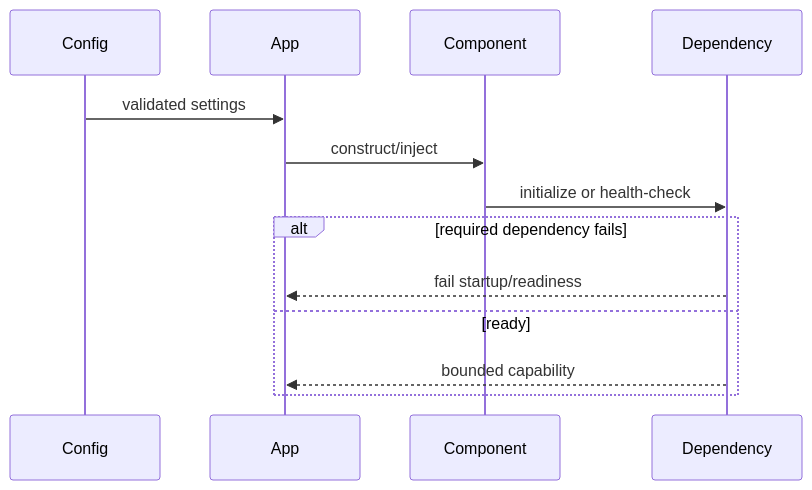
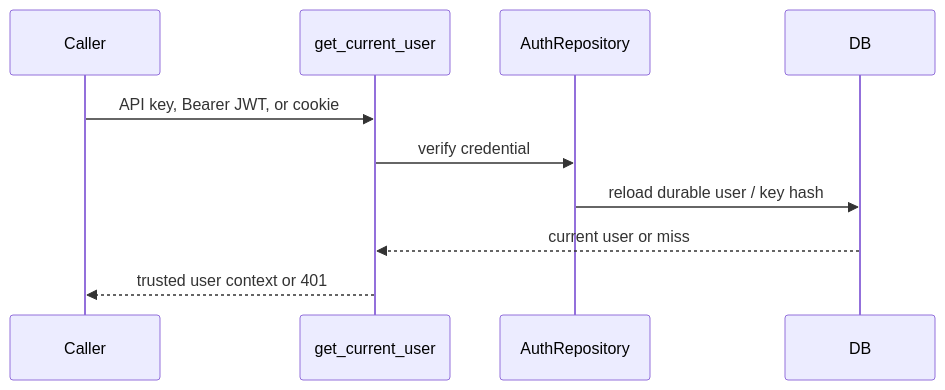
One commit to levalencia/archon changed the diagram in docs/course/concepts/authentication.md. Above: the diagram before and after it, drawn with Mermaid. The commit also changed other lines of this file and 22 other files, not shown here.

Commit message:
docs: correct advanced course architecture and claims

````diff
--- a/docs/course/concepts/authentication.md
+++ b/docs/course/concepts/authentication.md
@@ -51,15 +12,12 @@
 ```mermaid
 sequenceDiagram
-  participant Config
-  participant App
-  participant Component
-  participant Dependency
-  Config->>App: validated settings
-  App->>Component: construct/inject
-  Component->>Dependency: initialize or health-check
-  alt required dependency fails
-    Dependency-->>App: fail startup/readiness
-  else ready
-    Dependency-->>App: bounded capability
-  end
+  participant Caller
+  participant Dependency as get_current_user
+  participant Auth as AuthRepository
+  participant DB
+  Caller->>Dependency: API key, Bearer JWT, or cookie
+  Dependency->>Auth: verify credential
+  Auth->>DB: reload durable user / key hash
+  DB-->>Dependency: current user or miss
+  Dependency-->>Caller: trusted user context or 401
 ```
````
